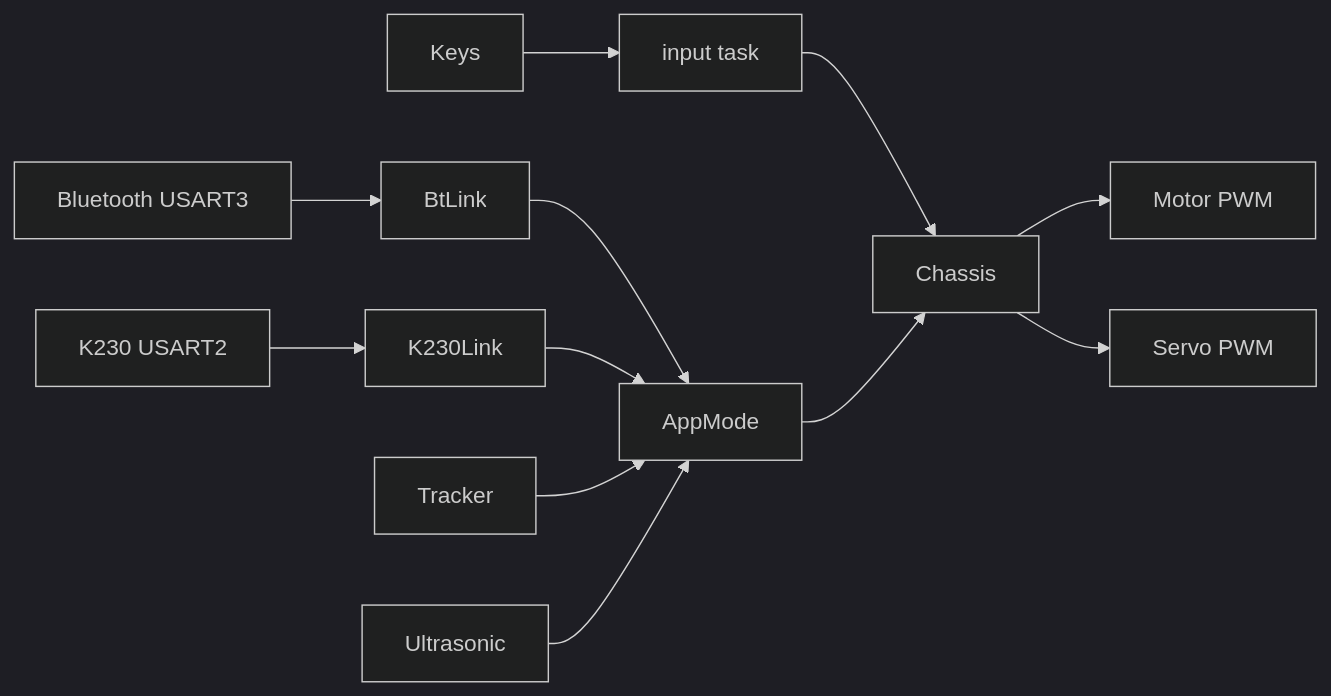
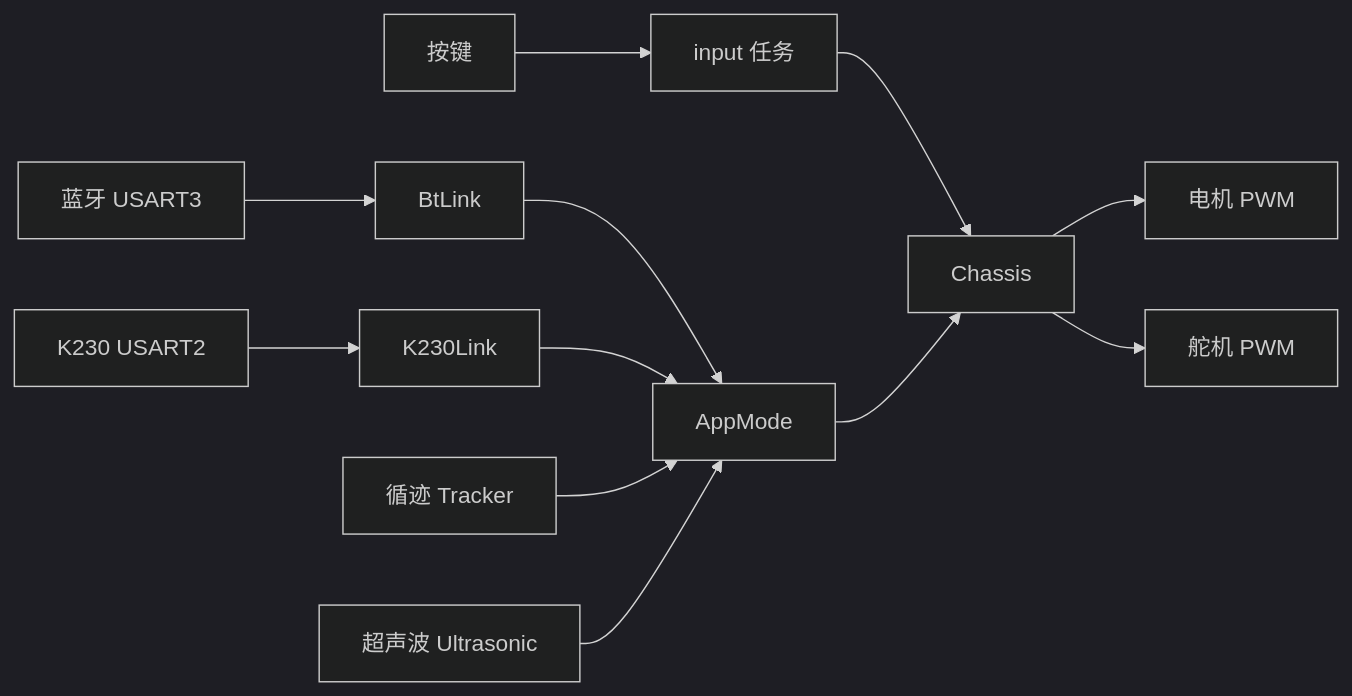
The third of 3 diagrams in FRAMEWORK.md (Reach-001/Car_Project), drawn with Mermaid (dark theme) before and after one commit. The commit also changed other lines of this file and 1 other file, not shown here.

````diff
--- a/FRAMEWORK.md
+++ b/FRAMEWORK.md
@@ -333,14 +483,14 @@
 ```mermaid
 flowchart LR
-    BT["Bluetooth USART3"] --> BtLink["BtLink"]
+    BT["蓝牙 USART3"] --> BtLink["BtLink"]
     BtLink --> Mode["AppMode"]
     K230["K230 USART2"] --> K230Link["K230Link"]
     K230Link --> Mode
-    Key["Keys"] --> InputTask["input task"]
+    Key["按键"] --> InputTask["input 任务"]
     InputTask --> Chassis
     Mode --> Chassis
-    Tracker["Tracker"] --> Mode
-    Ultrasonic["Ultrasonic"] --> Mode
-    Chassis --> Motor["Motor PWM"]
-    Chassis --> Servo["Servo PWM"]
+    Tracker["循迹 Tracker"] --> Mode
+    Ultrasonic["超声波 Ultrasonic"] --> Mode
+    Chassis --> Motor["电机 PWM"]
+    Chassis --> Servo["舵机 PWM"]
 ```
````
